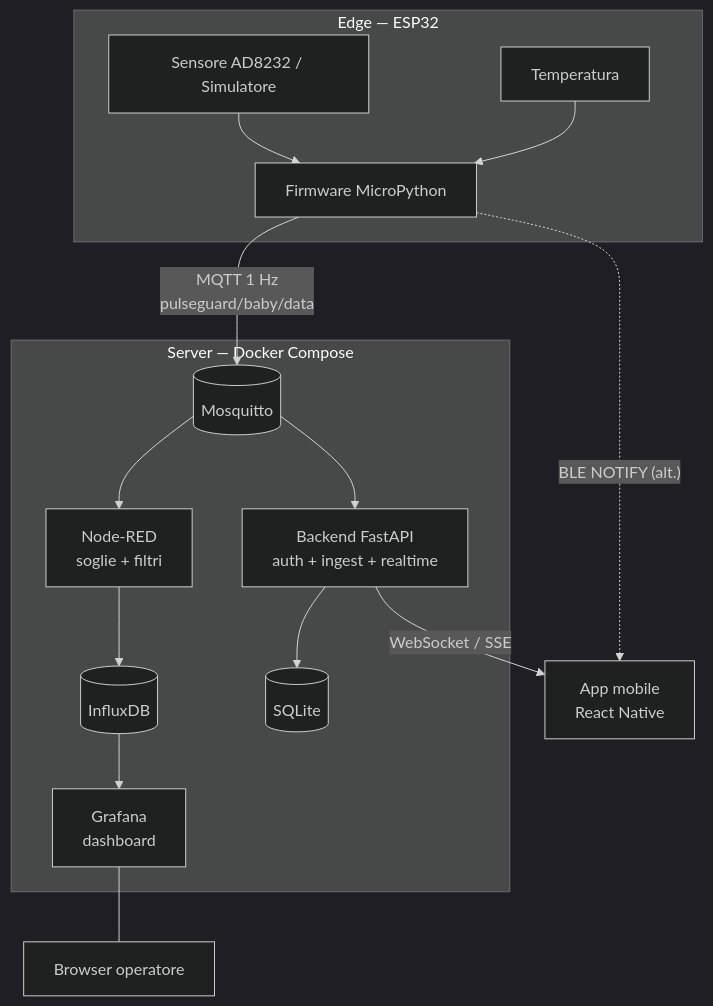
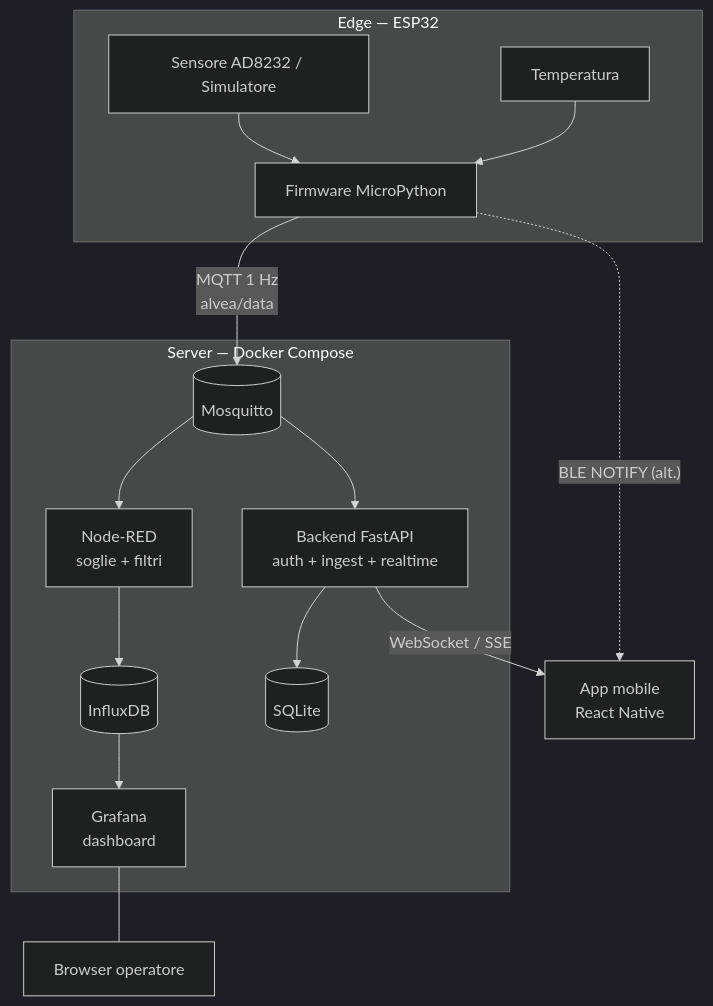
Before and after one commit to acrisci05/Alvea: the diagram in docs/05-architettura.md, drawn with Mermaid (dark theme). The commit also changed 25 other files, not shown here.

Commit message:
Aggiornato: rinominato il progetto da PulseGuard-Baby ad Alvea (branding, topic MQTT, ID device, container, dashboard)

````diff
--- a/docs/05-architettura.md
+++ b/docs/05-architettura.md
@@ -5,24 +5,24 @@
 ```mermaid
 flowchart TD
     subgraph Edge["Edge — ESP32"]
         S1[Sensore AD8232 / Simulatore]
         S2[Temperatura]
         FW[Firmware MicroPython]
         S1 --> FW
         S2 --> FW
     end
 
-    FW -- "MQTT 1 Hz<br/>pulseguard/baby/data" --> MQ[(Mosquitto)]
+    FW -- "MQTT 1 Hz<br/>alvea/data" --> MQ[(Mosquitto)]
     FW -. "BLE NOTIFY (alt.)" .-> APP[App mobile<br/>React Native]
 
     subgraph Server["Server — Docker Compose"]
         MQ --> NR[Node-RED<br/>soglie + filtri]
         NR --> IDB[(InfluxDB)]
         IDB --> GF[Grafana<br/>dashboard]
         MQ --> BE[Backend FastAPI<br/>auth + ingest + realtime]
         BE --> SQL[(SQLite)]
     end
 
     BE -- "WebSocket / SSE" --> APP
     GF --- Browser[Browser operatore]
 ```
````
